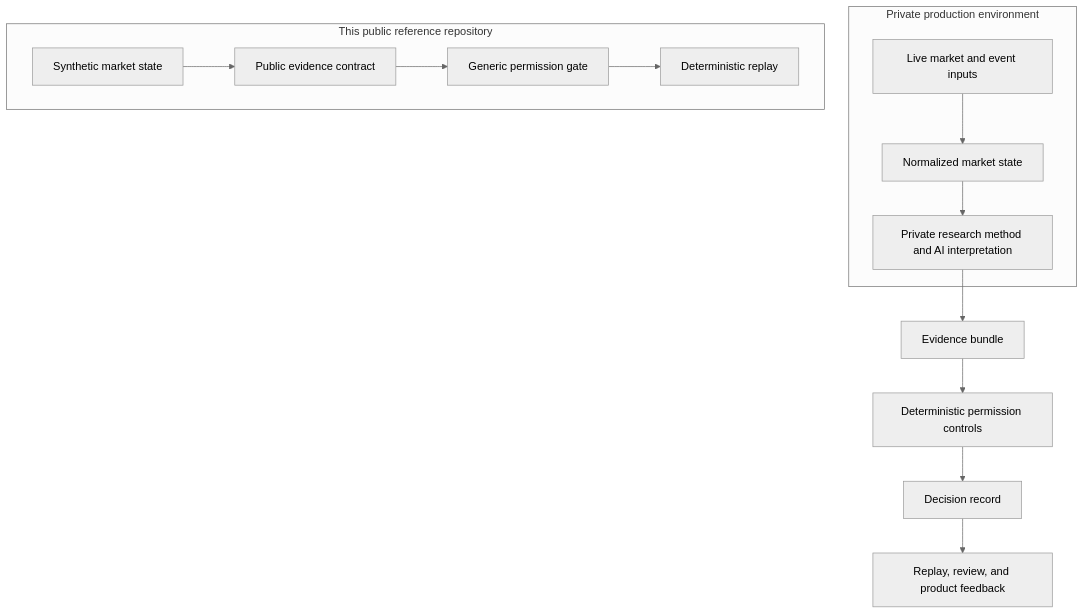
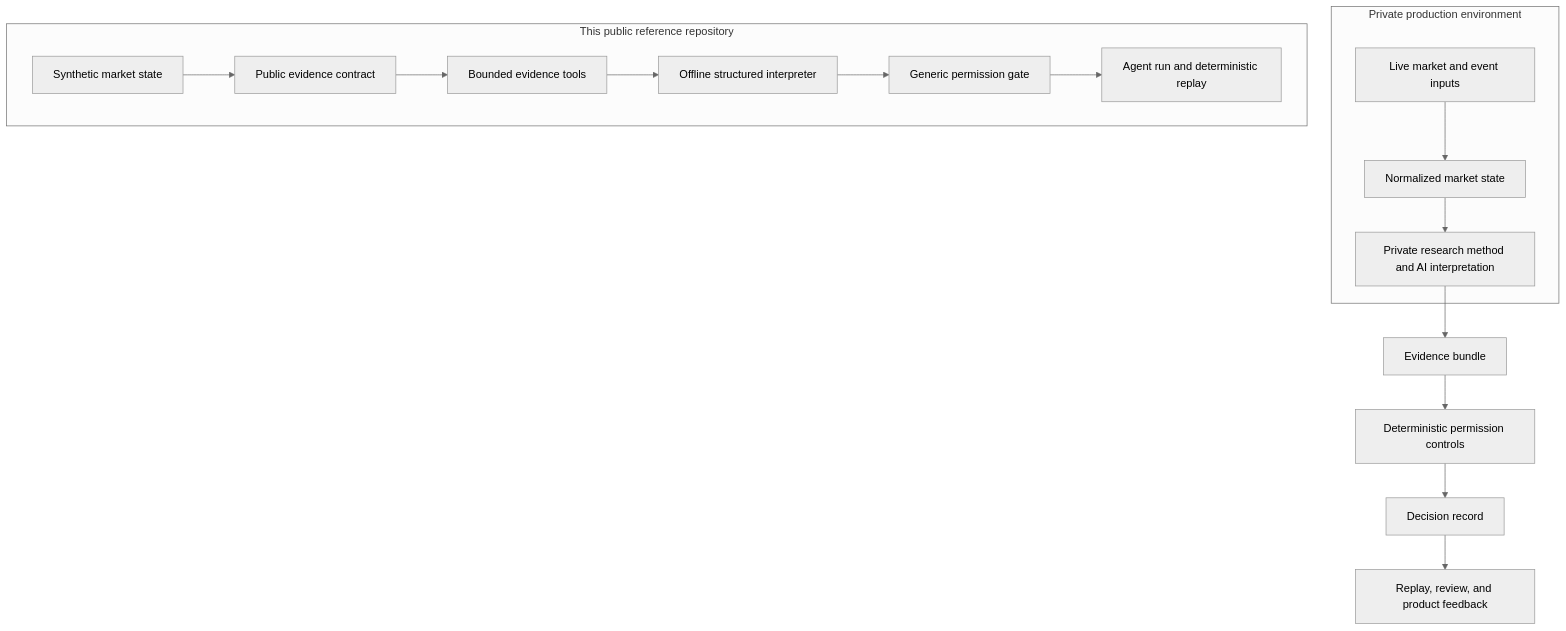
The diagram in docs/architecture.md (Chengnanyaowang/LiquidityEngine-Research), drawn with Mermaid (neutral theme) before and after one commit. The commit also changed other lines of this file and 22 other files, not shown here.

First line of the commit message:
Add bounded public research agent and CI

````diff
--- a/docs/architecture.md
+++ b/docs/architecture.md
@@ -7,17 +7,19 @@
 ```mermaid
 flowchart TB
     subgraph private["Private production environment"]
       A["Live market and event inputs"] --> B["Normalized market state"]
       B --> C["Private research method and AI interpretation"]
     end
     C --> D["Evidence bundle"]
     D --> E["Deterministic permission controls"]
     E --> F["Decision record"]
     F --> G["Replay, review, and product feedback"]
 
     subgraph public["This public reference repository"]
       H["Synthetic market state"] --> I["Public evidence contract"]
-      I --> J["Generic permission gate"]
-      J --> K["Deterministic replay"]
+      I --> J["Bounded evidence tools"]
+      J --> K["Offline structured interpreter"]
+      K --> L["Generic permission gate"]
+      L --> M["Agent run and deterministic replay"]
     end
 ```
````
